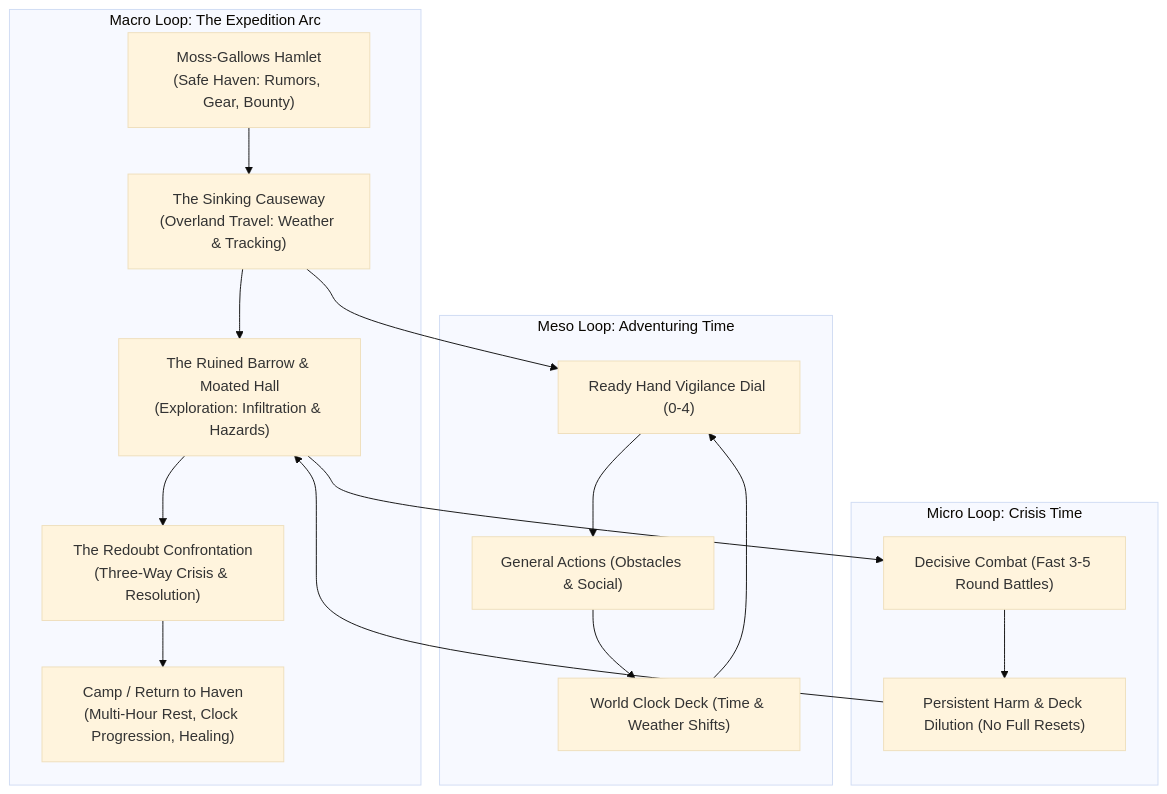
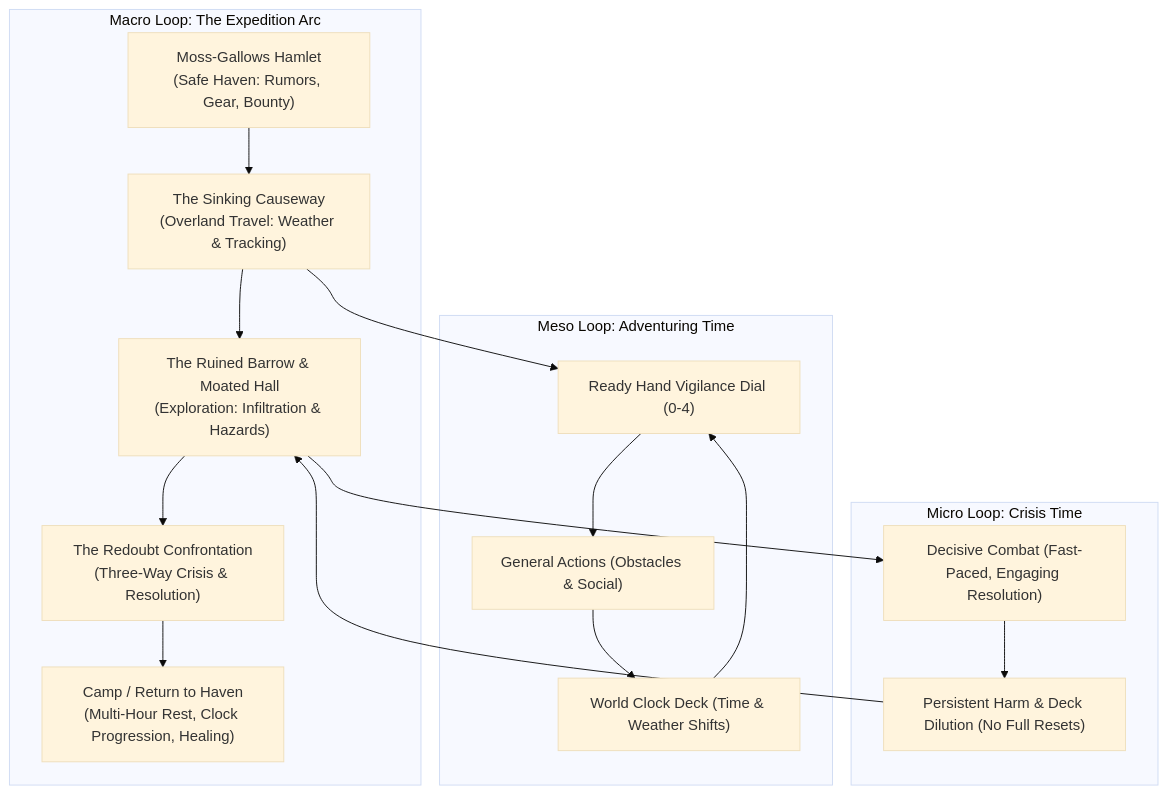
The diagram in design/iteration/campaign-weeping-fen/README.md (tdimiduk/cardpg), drawn with Mermaid (base theme) before and after one commit. The commit also changed 5 other files, not shown here.

````diff
--- a/design/iteration/campaign-weeping-fen/README.md
+++ b/design/iteration/campaign-weeping-fen/README.md
@@ -32,22 +32,22 @@
 ```mermaid
 flowchart TD
     subgraph Macro [Macro Loop: The Expedition Arc]
         HAVEN["Moss-Gallows Hamlet<br/>(Safe Haven: Rumors, Gear, Bounty)"] --> TRAVEL["The Sinking Causeway<br/>(Overland Travel: Weather & Tracking)"]
         TRAVEL --> SITE["The Ruined Barrow & Moated Hall<br/>(Exploration: Infiltration & Hazards)"]
         SITE --> CLIMAX["The Redoubt Confrontation<br/>(Three-Way Crisis & Resolution)"]
         CLIMAX --> CAMP["Camp / Return to Haven<br/>(Multi-Hour Rest, Clock Progression, Healing)"]
     end
 
     subgraph Meso [Meso Loop: Adventuring Time]
         TRAVEL --> VIG["Ready Hand Vigilance Dial (0-4)"]
         VIG --> GEN["General Actions (Obstacles & Social)"]
         GEN --> CLOCK["World Clock Deck (Time & Weather Shifts)"]
         CLOCK --> VIG
     end
 
     subgraph Micro [Micro Loop: Crisis Time]
-        SITE --> FIGHT["Decisive Combat (Fast 3-5 Round Battles)"]
+        SITE --> FIGHT["Decisive Combat (Fast-Paced, Engaging Resolution)"]
         FIGHT --> PERSIST["Persistent Harm & Deck Dilution (No Full Resets)"]
         PERSIST --> SITE
     end
 ```
````
